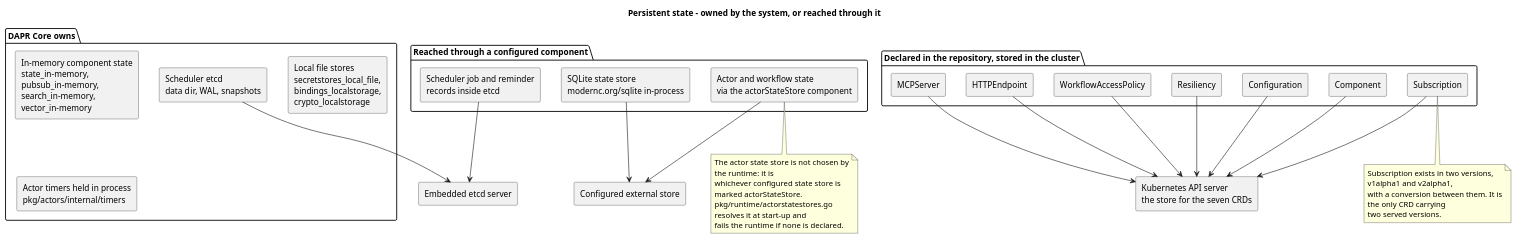
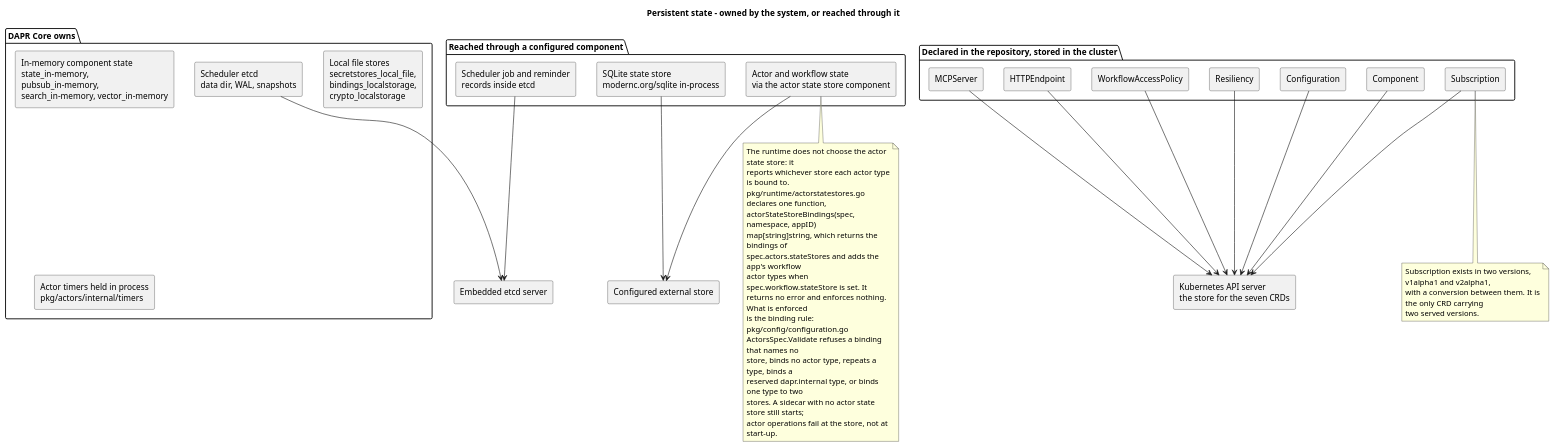
One commit to banense-test/dapr changed the second of 4 diagrams in docs/artifacts/discovery/system-inventory.md. Above: the diagram before and after it, drawn with PlantUML. The commit also changed other lines of this file, not shown here.

Commit message:
Software Archaeologist [Survey2]: upsert System Inventory
[skip ci]

````diff
--- a/docs/artifacts/discovery/system-inventory.md
+++ b/docs/artifacts/discovery/system-inventory.md
@@ -254,58 +254,68 @@
 ```plantuml
 @startuml
 title Persistent state - owned by the system, or reached through it
 skinparam componentStyle rectangle
-skinparam wrapWidth 230
+skinparam wrapWidth 250
 
 package "DAPR Core owns" {
   [Scheduler etcd\ndata dir, WAL, snapshots] as S1
   [In-memory component state\nstate_in-memory, pubsub_in-memory,\nsearch_in-memory, vector_in-memory] as S2
   [Local file stores\nsecretstores_local_file,\nbindings_localstorage,\ncrypto_localstorage] as S3
   [Actor timers held in process\npkg/actors/internal/timers] as S4
 }
 
 package "Declared in the repository, stored in the cluster" {
   [Component] as C1
   [Configuration] as C2
   [Resiliency] as C3
   [Subscription] as C4
   [HTTPEndpoint] as C5
   [MCPServer] as C6
   [WorkflowAccessPolicy] as C7
 }
 
 package "Reached through a configured component" {
-  [Actor and workflow state\nvia the actorStateStore component] as A1
+  [Actor and workflow state\nvia the actor state store component] as A1
   [Scheduler job and reminder\nrecords inside etcd] as A2
   [SQLite state store\nmodernc.org/sqlite in-process] as A3
 }
 
 [Kubernetes API server\nthe store for the seven CRDs] as K8S
 [Embedded etcd server] as ETCD
 [Configured external store] as EXT
 
 C1 --> K8S
 C2 --> K8S
 C3 --> K8S
 C4 --> K8S
 C5 --> K8S
 C6 --> K8S
 C7 --> K8S
 S1 --> ETCD
 A2 --> ETCD
 A1 --> EXT
 A3 --> EXT
 
 note bottom of A1
-  The actor state store is not chosen by the runtime: it is
-  whichever configured state store is marked actorStateStore.
-  pkg/runtime/actorstatestores.go resolves it at start-up and
-  fails the runtime if none is declared.
+  The runtime does not choose the actor state store: it
+  reports whichever store each actor type is bound to.
+  pkg/runtime/actorstatestores.go declares one function,
+  actorStateStoreBindings(spec, namespace, appID)
+  map[string]string, which returns the bindings of
+  spec.actors.stateStores and adds the app's workflow
+  actor types when spec.workflow.stateStore is set. It
+  returns no error and enforces nothing. What is enforced
+  is the binding rule: pkg/config/configuration.go
+  ActorsSpec.Validate refuses a binding that names no
+  store, binds no actor type, repeats a type, binds a
+  reserved dapr.internal type, or binds one type to two
+  stores. A sidecar with no actor state store still starts;
+  actor operations fail at the store, not at start-up.
 end note
 note bottom of C4
   Subscription exists in two versions, v1alpha1 and v2alpha1,
   with a conversion between them. It is the only CRD carrying
   two served versions.
 end note
 @enduml
 ```
````
